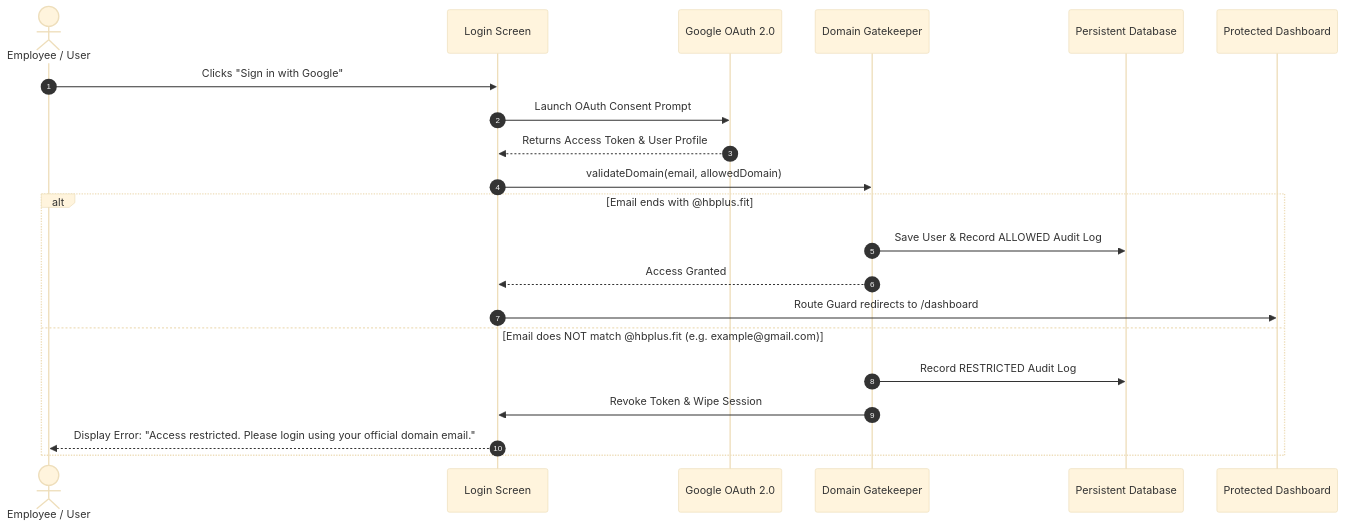
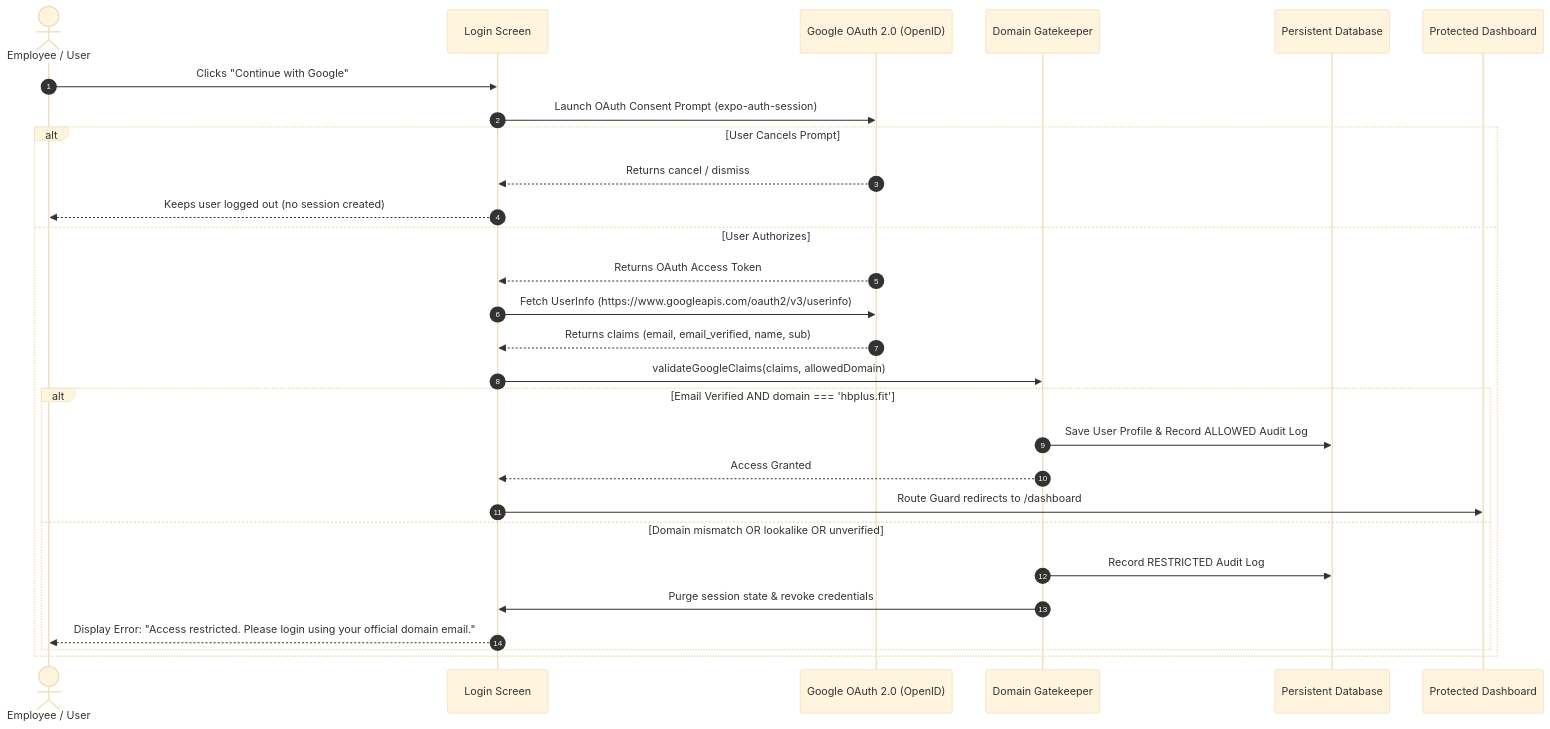
Before and after one commit to SudhirSir/HB: the diagram in README.md, drawn with Mermaid (base theme). The commit also changed other lines of this file and 7 other files, not shown here.

Commit message:
fix: remove simulated login fallback and enforce real Google OAuth with verified domain restriction

````diff
--- a/README.md
+++ b/README.md
@@ -99,25 +101,32 @@
 ```mermaid
 sequenceDiagram
     autonumber
     actor User as Employee / User
     participant UI as Login Screen
-    participant Google as Google OAuth 2.0
+    participant Google as Google OAuth 2.0 (OpenID)
     participant Guard as Domain Gatekeeper
     participant DB as Persistent Database
     participant Dash as Protected Dashboard
 
-    User->>UI: Clicks "Sign in with Google"
-    UI->>Google: Launch OAuth Consent Prompt
-    Google-->>UI: Returns Access Token & User Profile
-    UI->>Guard: validateDomain(email, allowedDomain)
-    
-    alt Email ends with @hbplus.fit
-        Guard->>DB: Save User & Record ALLOWED Audit Log
-        Guard-->>UI: Access Granted
-        UI->>Dash: Route Guard redirects to /dashboard
-    else Email does NOT match @hbplus.fit (e.g. example@gmail.com)
-        Guard->>DB: Record RESTRICTED Audit Log
-        Guard->>UI: Revoke Token & Wipe Session
-        UI-->>User: Display Error: "Access restricted. Please login using your official domain email."
+    User->>UI: Clicks "Continue with Google"
+    UI->>Google: Launch OAuth Consent Prompt (expo-auth-session)
+    alt User Cancels Prompt
+        Google-->>UI: Returns cancel / dismiss
+        UI-->>User: Keeps user logged out (no session created)
+    else User Authorizes
+        Google-->>UI: Returns OAuth Access Token
+        UI->>Google: Fetch UserInfo (https://www.googleapis.com/oauth2/v3/userinfo)
+        Google-->>UI: Returns claims (email, email_verified, name, sub)
+        UI->>Guard: validateGoogleClaims(claims, allowedDomain)
+        
+        alt Email Verified AND domain === 'hbplus.fit'
+            Guard->>DB: Save User Profile & Record ALLOWED Audit Log
+            Guard-->>UI: Access Granted
+            UI->>Dash: Route Guard redirects to /dashboard
+        else Domain mismatch OR lookalike OR unverified
+            Guard->>DB: Record RESTRICTED Audit Log
+            Guard->>UI: Purge session state & revoke credentials
+            UI-->>User: Display Error: "Access restricted. Please login using your official domain email."
+        end
     end
 ```
````
